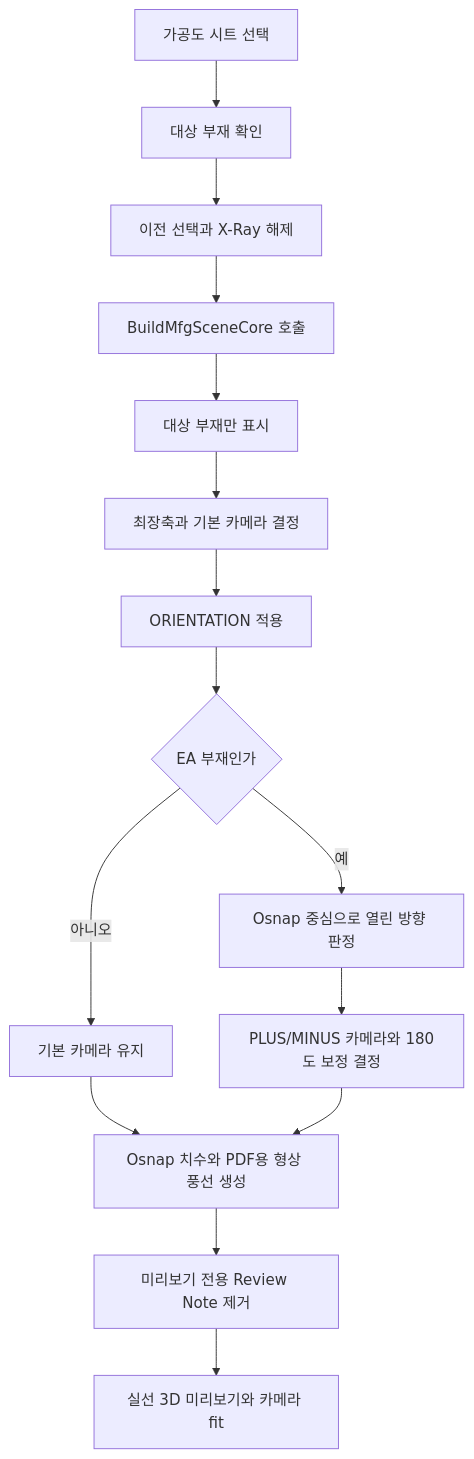
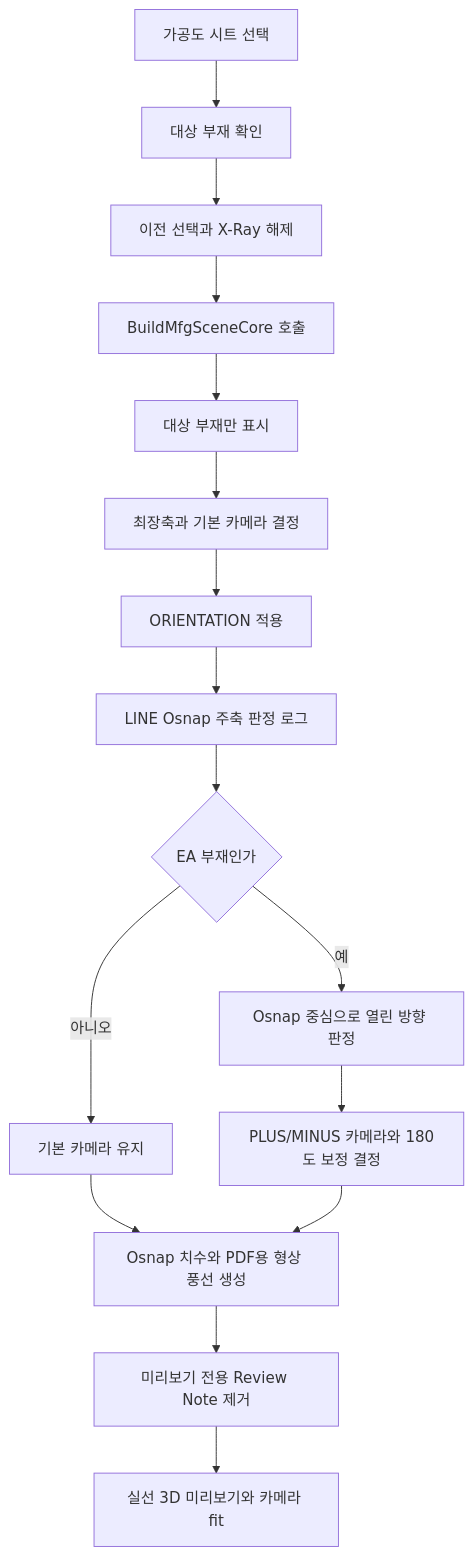
The diagram in docs/기능/가공도/가공도 단일.md (uuuuj/a2z), drawn with Mermaid before and after one commit. The commit also changed other lines of this file and 6 other files, not shown here.

````diff
--- a/docs/기능/가공도/가공도 단일.md
+++ b/docs/기능/가공도/가공도 단일.md
@@ -21,17 +21,18 @@
 ```mermaid
 flowchart TD
     A["가공도 시트 선택"] --> B["대상 부재 확인"]
     B --> C["이전 선택과 X-Ray 해제"]
     C --> D["BuildMfgSceneCore 호출"]
     D --> E["대상 부재만 표시"]
     E --> F["최장축과 기본 카메라 결정"]
     F --> G["ORIENTATION 적용"]
-    G --> H{"EA 부재인가"}
+    G --> G1["LINE Osnap 주축 판정 로그"]
+    G1 --> H{"EA 부재인가"}
     H -- 아니오 --> I["기본 카메라 유지"]
     H -- 예 --> J["Osnap 중심으로 열린 방향 판정"]
     J --> K["PLUS/MINUS 카메라와 180도 보정 결정"]
     I --> L["Osnap 치수와 PDF용 형상 풍선 생성"]
     K --> L
     L --> M["미리보기 전용 Review Note 제거"]
     M --> N["실선 3D 미리보기와 카메라 fit"]
 ```
````
